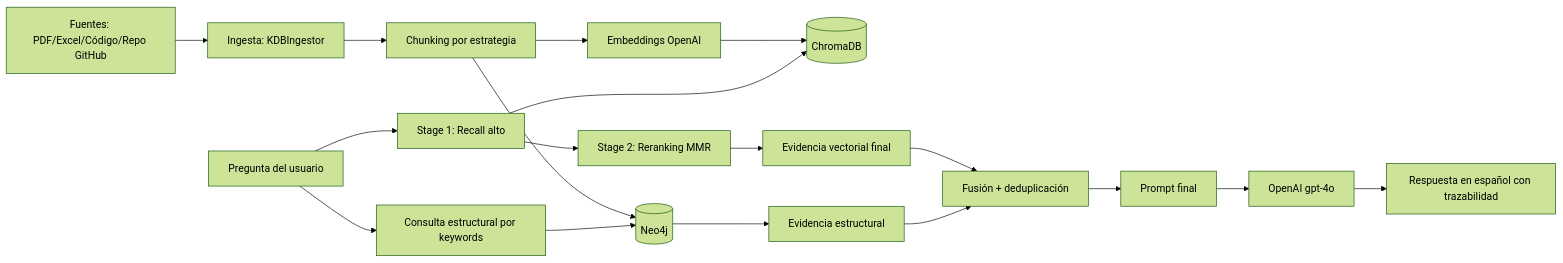
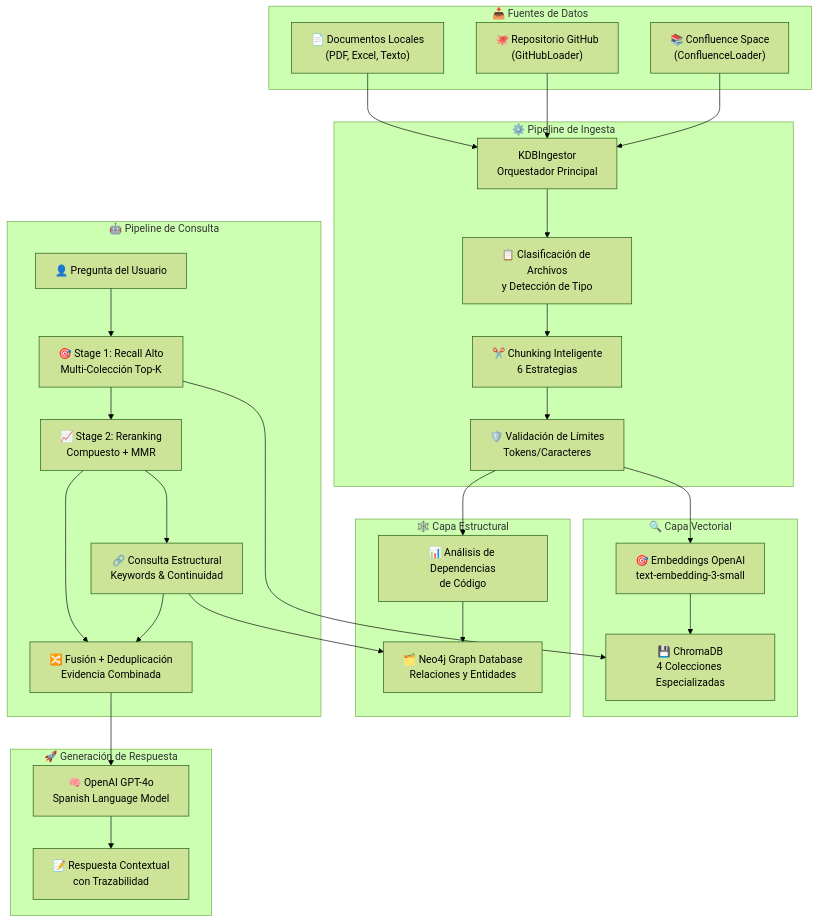
The first of 2 diagrams in readme.md (gherrerz/KDB-Vector-Grafo), drawn with Mermaid (forest theme) before and after one commit. The commit also changed other lines of this file and 4 other files, not shown here.

````diff
--- a/readme.md
+++ b/readme.md
@@ -90,23 +63,58 @@
 ```mermaid
-flowchart LR
-    A[Fuentes: PDF/Excel/Código/Repo GitHub] --> B[Ingesta: KDBIngestor]
-    B --> C[Chunking por estrategia]
-    C --> D[Embeddings OpenAI]
-    D --> E[(ChromaDB)]
-    C --> F[(Neo4j)]
-
-    Q[Pregunta del usuario] --> G[Stage 1: Recall alto]
-    G --> E
-    G --> H[Stage 2: Reranking MMR]
-    H --> I[Evidencia vectorial final]
-
-    Q --> J[Consulta estructural por keywords]
-    J --> F
-    F --> K[Evidencia estructural]
-
-    I --> L[Fusión + deduplicación]
-    K --> L
-    L --> M[Prompt final]
-    M --> N[OpenAI gpt-4o]
-    N --> O[Respuesta en español con trazabilidad]
+graph TB
+    subgraph Fuentes["📥 Fuentes de Datos"]
+        A["📄 Documentos Locales<br/>(PDF, Excel, Texto)"]
+        B["🐙 Repositorio GitHub<br/>(GitHubLoader)"]
+        C["📚 Confluence Space<br/>(ConfluenceLoader)"]
+    end
+    
+    subgraph Ingesta["⚙️ Pipeline de Ingesta"]
+        D["KDBIngestor<br/>Orquestador Principal"]
+        E["📋 Clasificación de Archivos<br/>y Detección de Tipo"]
+        F["✂️ Chunking Inteligente<br/>6 Estrategias"]
+        G["🛡️ Validación de Límites<br/>Tokens/Caracteres"]
+    end
+    
+    subgraph Vectorial["🔍 Capa Vectorial"]
+        H["🎯 Embeddings OpenAI<br/>text-embedding-3-small"]
+        I["💾 ChromaDB<br/>4 Colecciones Especializadas"]
+    end
+    
+    subgraph Estructural["🕸️ Capa Estructural"]
+        J["📊 Análisis de Dependencias<br/>de Código"]
+        K["🗂️ Neo4j Graph Database<br/>Relaciones y Entidades"]
+    end
+    
+    subgraph Consulta["🤖 Pipeline de Consulta"]
+        L["👤 Pregunta del Usuario"]
+        M["🎯 Stage 1: Recall Alto<br/>Multi-Colección Top-K"]
+        N["📈 Stage 2: Reranking<br/>Compuesto + MMR"]
+        O["🔗 Consulta Estructural<br/>Keywords & Continuidad"]
+        P["🔀 Fusión + Deduplicación<br/>Evidencia Combinada"]
+    end
+    
+    subgraph IA["🚀 Generación de Respuesta"]
+        Q["🧠 OpenAI GPT-4o<br/>Spanish Language Model"]
+        R["📝 Respuesta Contextual<br/>con Trazabilidad"]
+    end
+    
+    A --> D
+    B --> D
+    C --> D
+    D --> E
+    E --> F
+    F --> G
+    G --> H
+    G --> J
+    H --> I
+    J --> K
+    L --> M
+    M --> I
+    M --> N
+    N --> O
+    N --> P
+    O --> K
+    O --> P
+    P --> Q
+    Q --> R
 ```
````
